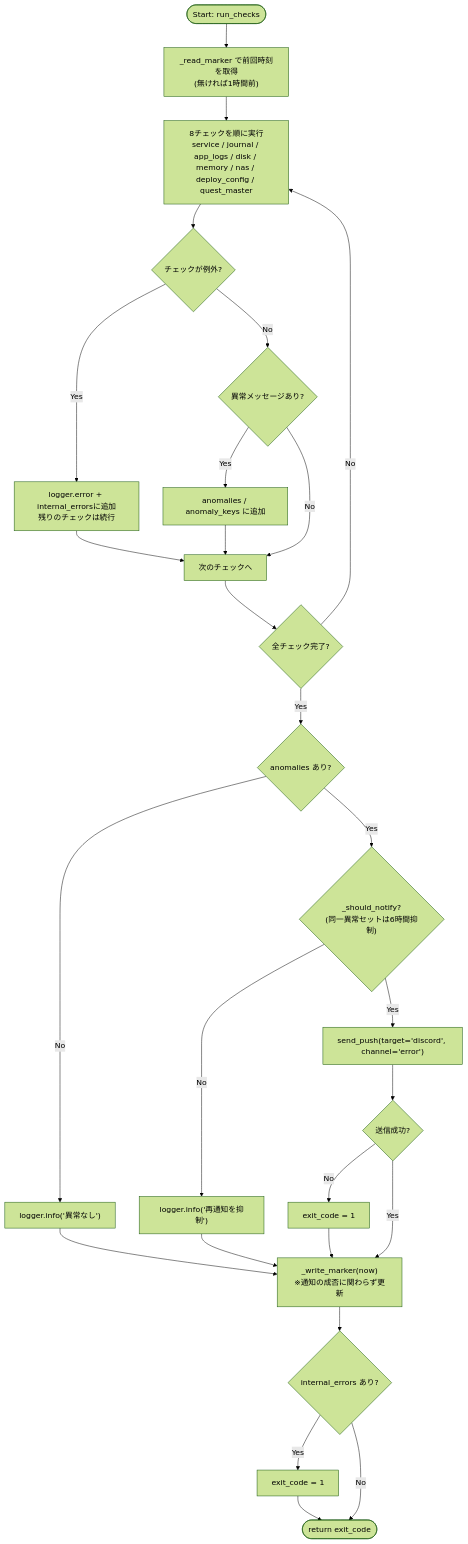
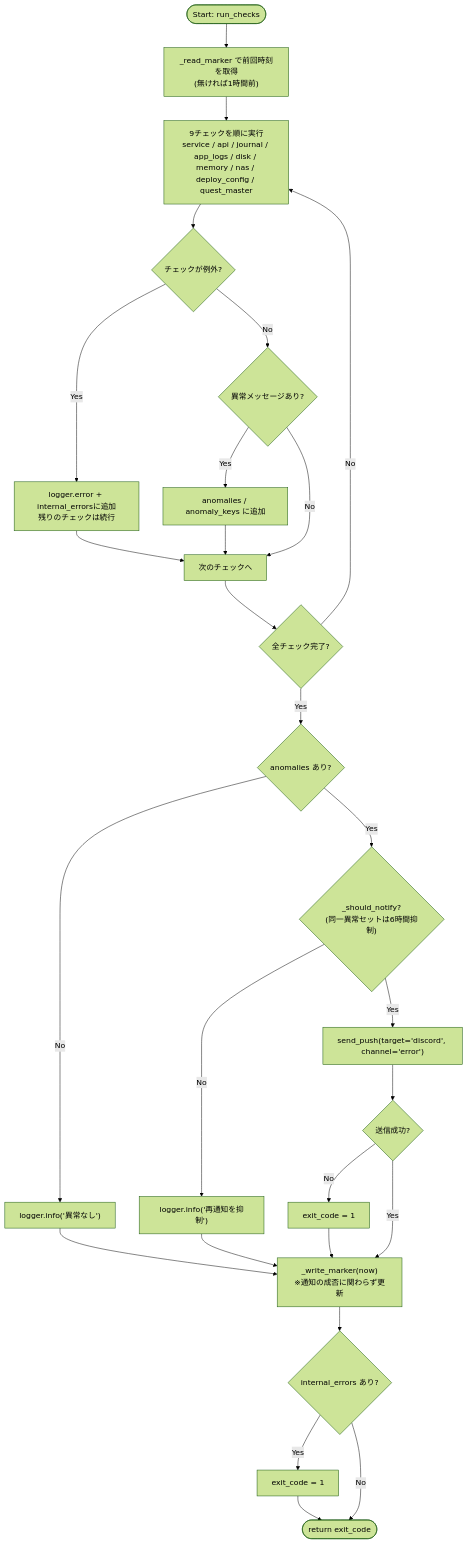
Before and after one commit to mmtigers/my_python_project: the first of 2 diagrams in docs/specifications/MY_HOME_SYSTEM/health_watch.md, drawn with Mermaid (forest theme). The commit also changed other lines of this file and 9 other files, not shown here.

````diff
--- a/docs/specifications/MY_HOME_SYSTEM/health_watch.md
+++ b/docs/specifications/MY_HOME_SYSTEM/health_watch.md
@@ -538,29 +564,29 @@
 ```mermaid
 flowchart TD
     Start([Start: run_checks]) --> ReadMarker["_read_marker で前回時刻を取得<br/>(無ければ1時間前)"]
-    ReadMarker --> Loop["8チェックを順に実行<br/>service / journal / app_logs / disk / memory / nas / deploy_config / quest_master"]
+    ReadMarker --> Loop["9チェックを順に実行<br/>service / api / journal / app_logs / disk / memory / nas / deploy_config / quest_master"]
     Loop --> CheckErr{"チェックが例外?"}
     CheckErr -- Yes --> LogInternal["logger.error + internal_errorsに追加<br/>残りのチェックは続行"]
     CheckErr -- No --> HasResult{"異常メッセージあり?"}
     HasResult -- Yes --> Collect["anomalies / anomaly_keys に追加"]
     HasResult -- No --> NextCheck["次のチェックへ"]
     LogInternal --> NextCheck
     Collect --> NextCheck
     NextCheck --> AllDone{"全チェック完了?"}
     AllDone -- No --> Loop
     AllDone -- Yes --> AnyAnomaly{"anomalies あり?"}
     AnyAnomaly -- No --> LogOk["logger.info('異常なし')"]
     AnyAnomaly -- Yes --> ShouldNotify{"_should_notify?<br/>(同一異常セットは6時間抑制)"}
     ShouldNotify -- No --> LogSuppress["logger.info('再通知を抑制')"]
     ShouldNotify -- Yes --> Notify["send_push(target='discord', channel='error')"]
     Notify --> NotifyOk{"送信成功?"}
     NotifyOk -- No --> ExitErr["exit_code = 1"]
     NotifyOk -- Yes --> WriteMarker
     LogOk --> WriteMarker
     LogSuppress --> WriteMarker
     ExitErr --> WriteMarker
     WriteMarker["_write_marker(now)<br/>※通知の成否に関わらず更新"] --> InternalCheck{"internal_errors あり?"}
     InternalCheck -- Yes --> ExitOne["exit_code = 1"]
     InternalCheck -- No --> End([return exit_code])
     ExitOne --> End
 ```
````
